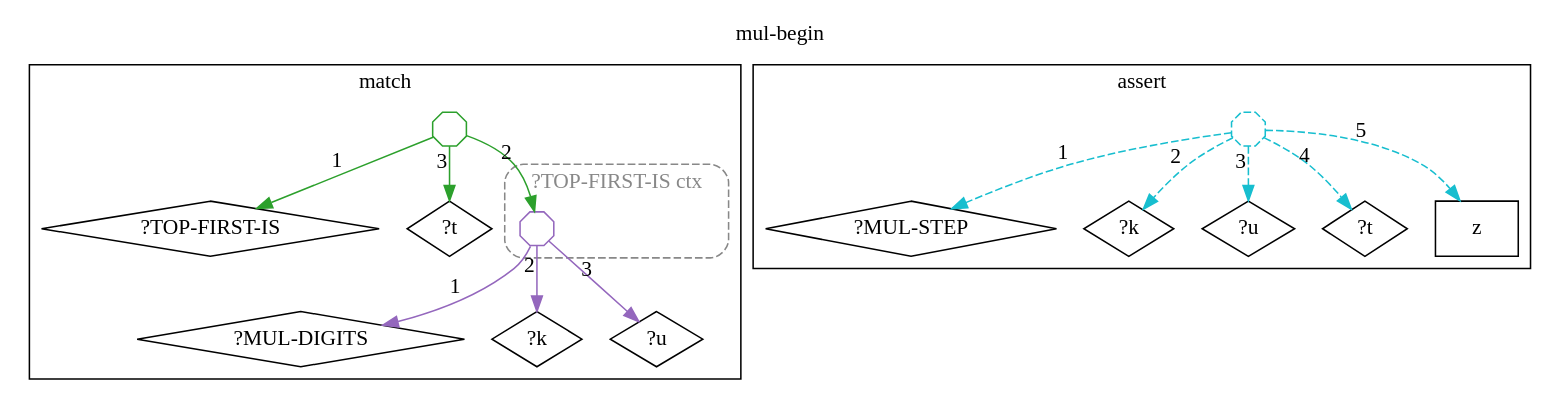
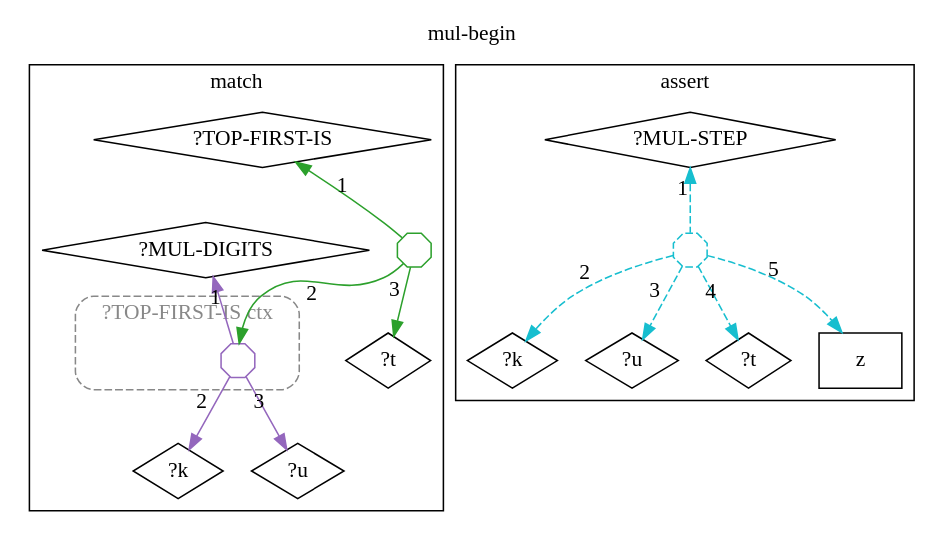
One commit to agutikov/ein changed the diagram in docs/ein/user/04-reference/04-stdlib/diagrams/10-std.math.positional.mul-begin.dot. Above: the diagram before and after it, drawn with Graphviz. The commit also changed 1275 other files, not shown here.

```diff
--- a/docs/ein/user/04-reference/04-stdlib/diagrams/10-std.math.positional.mul-begin.dot
+++ b/docs/ein/user/04-reference/04-stdlib/diagrams/10-std.math.positional.mul-begin.dot
@@ -1,35 +1,35 @@
 digraph rule_mul_begin_lhs_rhs {
   rankdir=TB;
   label="mul-begin"; labelloc=t;
   subgraph cluster_lhs { label="match";
     "?TOP-FIRST-IS_L" [label="?TOP-FIRST-IS", shape=diamond];
     "?MUL-DIGITS_L" [label="?MUL-DIGITS", shape=diamond];
     "?k_L" [label="?k", shape=diamond];
     "?u_L" [label="?u", shape=diamond];
     "?t_L" [label="?t", shape=diamond];
     subgraph cluster_ctx_L_0 {
       label="?TOP-FIRST-IS ctx"; style="dashed,rounded"; color="#888888"; fontcolor="#888888";
       "(?MUL-DIGITS ?k ?u)_L" [shape=octagon, label="", width=0.3, height=0.3, fixedsize=true, color="#9467bd"];
     }
     "h1_TOP-FIRST-IS_L" [shape=octagon, label="", width=0.3, height=0.3, fixedsize=true, color="#2ca02c"];
-    "h1_TOP-FIRST-IS_L" -> "?TOP-FIRST-IS_L" [xlabel="1", color="#2ca02c"];
+    "?TOP-FIRST-IS_L" -> "h1_TOP-FIRST-IS_L" [xlabel="1", dir=back, color="#2ca02c"];
     "h1_TOP-FIRST-IS_L" -> "(?MUL-DIGITS ?k ?u)_L" [xlabel="2", color="#2ca02c"];
     "h1_TOP-FIRST-IS_L" -> "?t_L" [xlabel="3", color="#2ca02c"];
-    "(?MUL-DIGITS ?k ?u)_L" -> "?MUL-DIGITS_L" [xlabel="1", color="#9467bd"];
+    "?MUL-DIGITS_L" -> "(?MUL-DIGITS ?k ?u)_L" [xlabel="1", dir=back, color="#9467bd"];
     "(?MUL-DIGITS ?k ?u)_L" -> "?k_L" [xlabel="2", color="#9467bd"];
     "(?MUL-DIGITS ?k ?u)_L" -> "?u_L" [xlabel="3", color="#9467bd"];
   }
   subgraph cluster_rhs { label="assert";
     "?MUL-STEP_R" [label="?MUL-STEP", shape=diamond];
     "?k_R" [label="?k", shape=diamond];
     "?u_R" [label="?u", shape=diamond];
     "?t_R" [label="?t", shape=diamond];
     "z_R" [label="z", shape=box];
     "h2_MUL-STEP_R" [shape=octagon, label="", width=0.3, height=0.3, fixedsize=true, color="#17becf", style=dashed];
-    "h2_MUL-STEP_R" -> "?MUL-STEP_R" [xlabel="1", color="#17becf", style=dashed];
+    "?MUL-STEP_R" -> "h2_MUL-STEP_R" [xlabel="1", dir=back, color="#17becf", style=dashed];
     "h2_MUL-STEP_R" -> "?k_R" [xlabel="2", color="#17becf", style=dashed];
     "h2_MUL-STEP_R" -> "?u_R" [xlabel="3", color="#17becf", style=dashed];
     "h2_MUL-STEP_R" -> "?t_R" [xlabel="4", color="#17becf", style=dashed];
     "h2_MUL-STEP_R" -> "z_R" [xlabel="5", color="#17becf", style=dashed];
   }
 }
```
